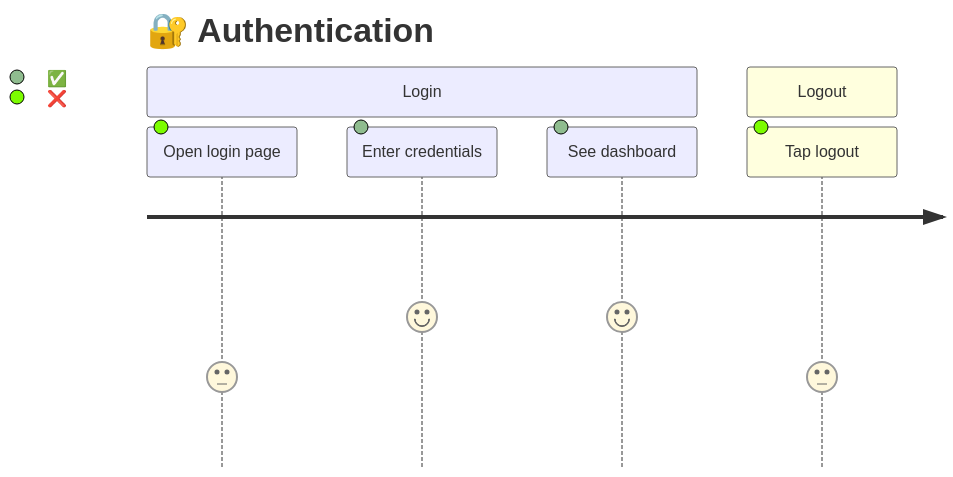
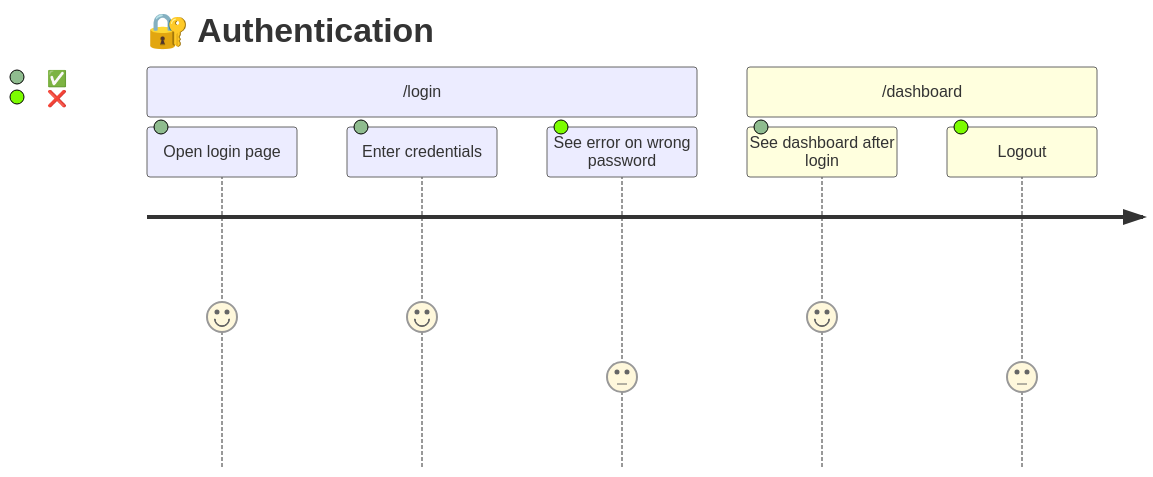
One commit to srpadrono/Pathfinder changed the diagram in README.md. Above: the diagram before and after it, drawn with Mermaid. The commit also changed other lines of this file, not shown here.

````diff
--- a/README.md
+++ b/README.md
@@ -16,10 +28,11 @@
 ```mermaid
 journey
     title 🔐 Authentication
-    section Login
-      Open login page: 3: ❌
+    section /login
+      Open login page: 5: ✅
       Enter credentials: 5: ✅
-      See dashboard: 5: ✅
-    section Logout
-      Tap logout: 3: ❌
+      See error on wrong password: 3: ❌
+    section /dashboard
+      See dashboard after login: 5: ✅
+      Logout: 3: ❌
 ```
````
